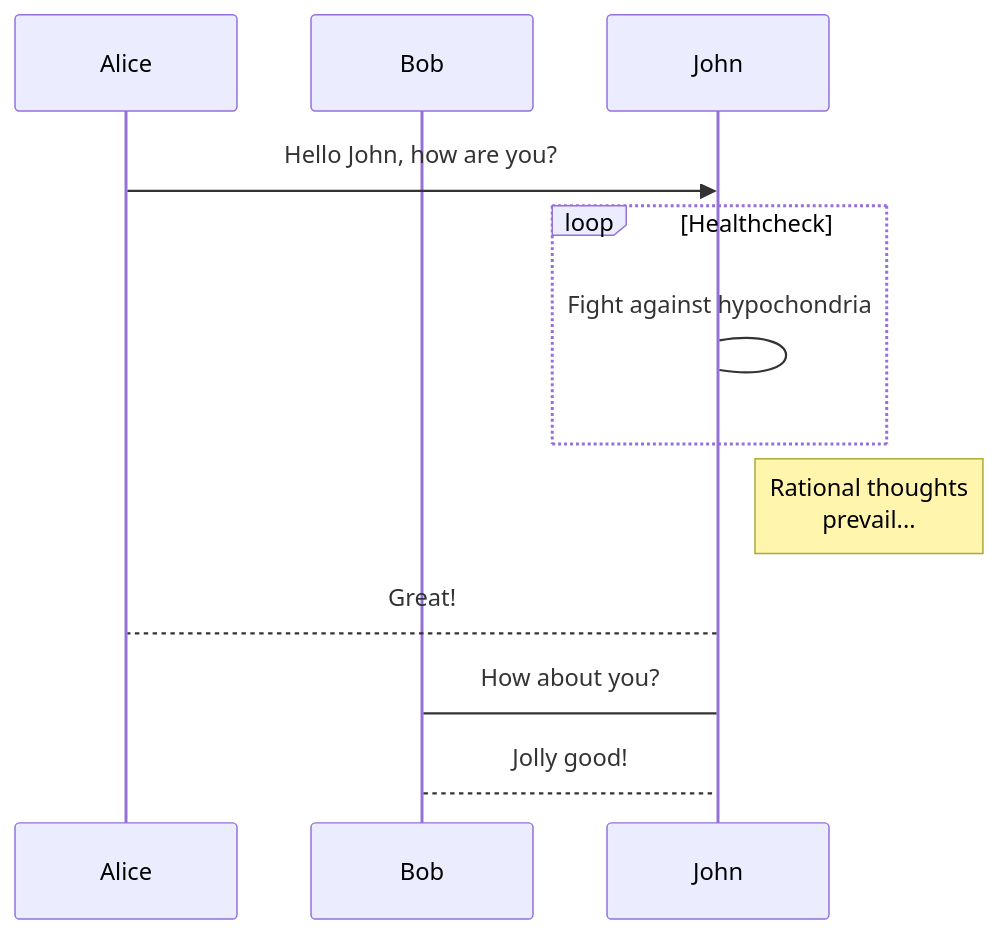
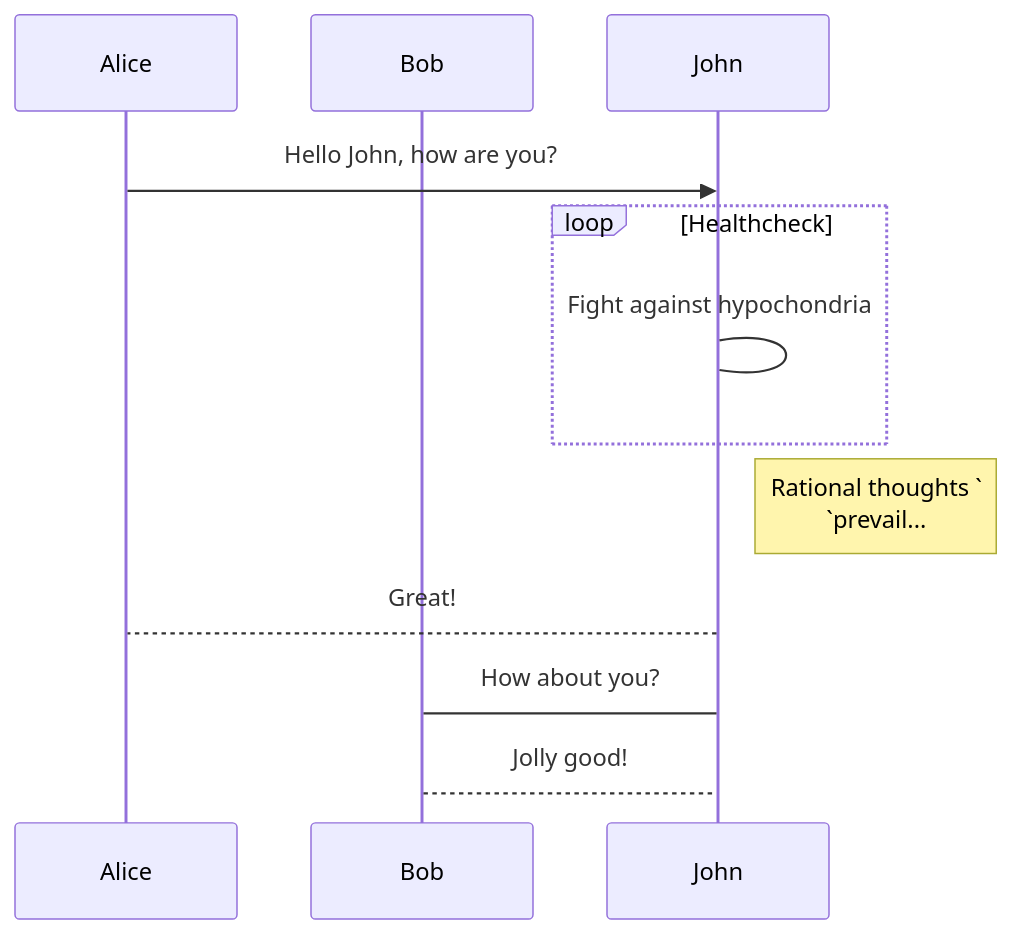
Before and after one commit to wudeng-nk/wudeng-nk.github.io: the second of 10 diagrams in content/posts/theme-documentation-mermaid-shortcode/index.zh-cn.md, drawn with Mermaid. The commit also changed other lines of this file and 47 other files, not shown here.

```diff
--- a/content/posts/theme-documentation-mermaid-shortcode/index.zh-cn.md
+++ b/content/posts/theme-documentation-mermaid-shortcode/index.zh-cn.md
@@ -77,13 +76,13 @@
 {{< mermaid >}}
 sequenceDiagram
     participant Alice
     participant Bob
     Alice->>John: Hello John, how are you?
     loop Healthcheck
         John->John: Fight against hypochondria
     end
-    Note right of John: Rational thoughts <br/>prevail...
+    Note right of John: Rational thoughts `<br/>`prevail...
     John-->Alice: Great!
     John->Bob: How about you?
     Bob-->John: Jolly good!
 {{< /mermaid >}}
```
